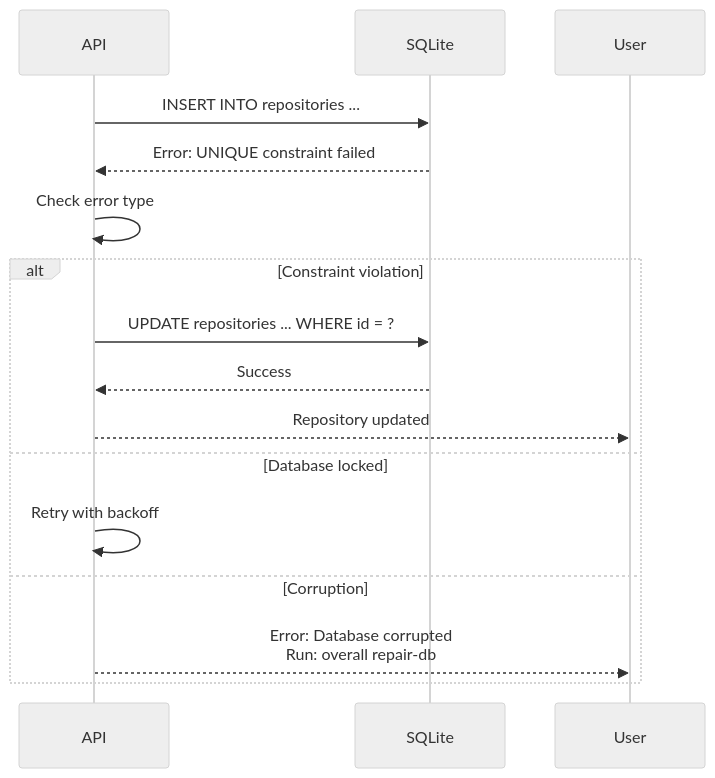
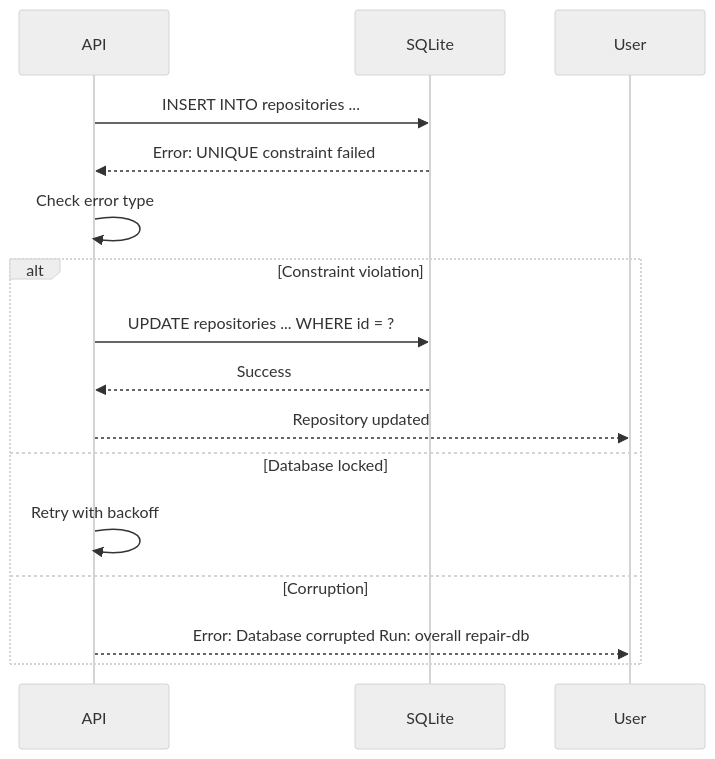
Diagram 12 of 12 in wiki/Data-Flow.md (softwarewrighter/overall), drawn with Mermaid (neutral theme) before and after one commit. The commit also changed other lines of this file and 4 other files, not shown here.

First line of the commit message:
Fix wiki Mermaid diagrams: remove <br/> tags

````diff
--- a/wiki/Data-Flow.md
+++ b/wiki/Data-Flow.md
@@ -542,21 +542,21 @@
 ```mermaid
 sequenceDiagram
     participant API
     participant DB as SQLite
     participant User
 
     API->>DB: INSERT INTO repositories ...
     DB-->>API: Error: UNIQUE constraint failed
 
     API->>API: Check error type
 
     alt Constraint violation
         API->>DB: UPDATE repositories ... WHERE id = ?
         DB-->>API: Success
         API-->>User: Repository updated
     else Database locked
         API->>API: Retry with backoff
     else Corruption
-        API-->>User: Error: Database corrupted<br/>Run: overall repair-db
+        API-->>User: Error: Database corrupted Run: overall repair-db
     end
 ```
````
